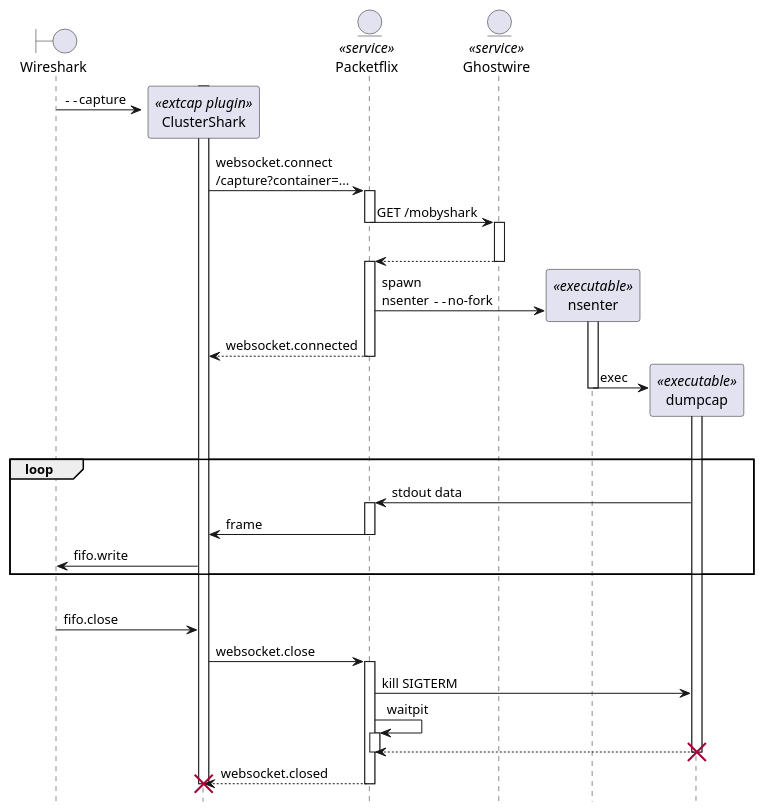
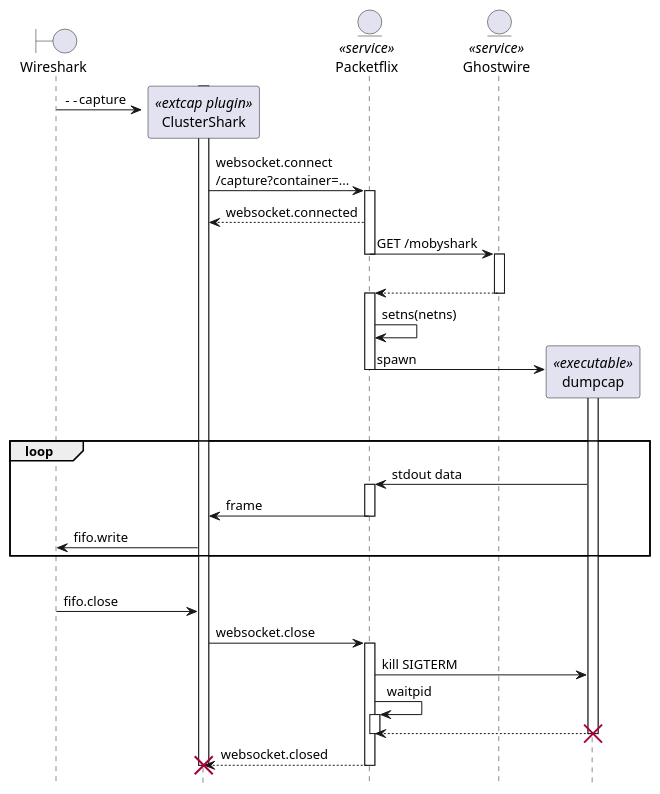
One commit to siemens/packetflix changed the second of 2 diagrams in sequences.md. Above: the diagram before and after it, drawn with PlantUML. The commit also changed other lines of this file and 7 other files, not shown here.

````diff
--- a/sequences.md
+++ b/sequences.md
@@ -87,59 +83,53 @@
 ```plantuml
 hide footbox
 
 boundary Wireshark
 participant ClusterShark <<extcap plugin>>
 activate ClusterShark
 entity Packetflix <<service>>
 entity Ghostwire <<service>>
-participant nsenter <<executable>>
 participant dumpcap <<executable>>
 
 create ClusterShark
 Wireshark -> ClusterShark : ""--""capture
 
 ClusterShark -> Packetflix : websocket.connect\n/capture?container=...
 activate Packetflix
+ClusterShark <-- Packetflix : websocket.connected
   Packetflix -> Ghostwire : GET /mobyshark
 deactivate Packetflix
   activate Ghostwire
   |||
 Packetflix <-- Ghostwire
   deactivate Ghostwire
 activate Packetflix
-  create nsenter
-  Packetflix -> nsenter : spawn\nnsenter ""--""no-fork
-  activate nsenter
-
-ClusterShark <-- Packetflix : websocket.connected
+  Packetflix -> Packetflix : setns(netns)
+  create dumpcap
+  Packetflix -> dumpcap : spawn
+  activate dumpcap
 deactivate Packetflix
-
-    create dumpcap
-    nsenter -> dumpcap : exec
-    activate dumpcap
-  deactivate nsenter
 
 |||
 
 loop
   dumpcap -> Packetflix : stdout data
   activate Packetflix
   Packetflix -> ClusterShark : frame
   deactivate Packetflix
   ClusterShark -> Wireshark : fifo.write
 end
 
 |||
 
 Wireshark -> ClusterShark : fifo.close
 ClusterShark -> Packetflix : websocket.close
 activate Packetflix
   Packetflix -> dumpcap : kill SIGTERM
-  Packetflix -> Packetflix : waitpit
+  Packetflix -> Packetflix : waitpid
   activate Packetflix
     Packetflix <-- dumpcap
   deactivate Packetflix
   destroy dumpcap
 return websocket.closed
 destroy ClusterShark
 ```
````
